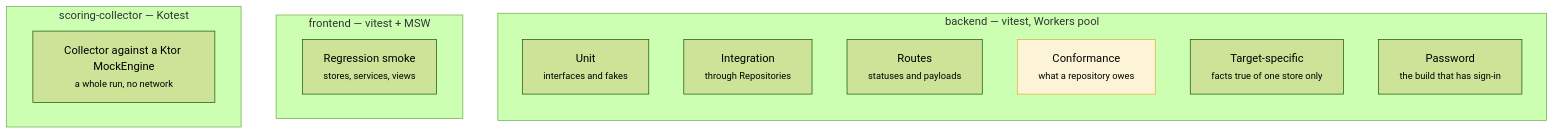
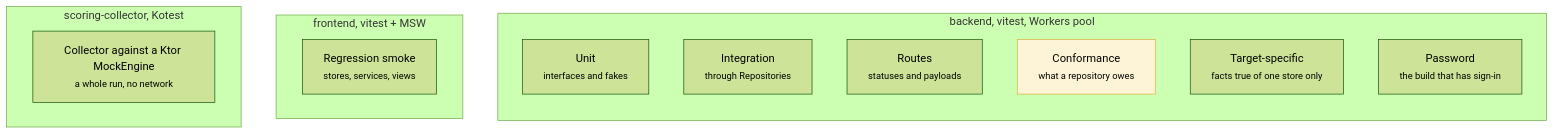
One commit to FantasyWiki/FantasyWiki changed the diagram in docs/site/pages/quality/testing.md. Above: the diagram before and after it, drawn with Mermaid (forest theme). The commit also changed other lines of this file and 68 other files, not shown here.

````diff
--- a/docs/site/pages/quality/testing.md
+++ b/docs/site/pages/quality/testing.md
@@ -24,23 +24,23 @@
 ```mermaid
 flowchart TB
-  subgraph BE["backend — vitest, Workers pool"]
+  subgraph BE["backend, vitest, Workers pool"]
     direction TB
     B1["Unit<br/><small>interfaces and fakes</small>"]
     B2["Integration<br/><small>through Repositories</small>"]
     B3["Routes<br/><small>statuses and payloads</small>"]
     B4["Conformance<br/><small>what a repository owes</small>"]
     B5["Target-specific<br/><small>facts true of one store only</small>"]
     B6["Password<br/><small>the build that has sign-in</small>"]
   end
 
-  subgraph FE["frontend — vitest + MSW"]
+  subgraph FE["frontend, vitest + MSW"]
     F1["Regression smoke<br/><small>stores, services, views</small>"]
   end
 
-  subgraph SC["scoring-collector — Kotest"]
+  subgraph SC["scoring-collector, Kotest"]
     S1["Collector against a Ktor MockEngine<br/><small>a whole run, no network</small>"]
   end
 
   classDef gate fill:#fdf3d6,stroke:#d8b03a;
   class B4 gate;
 ```
````
